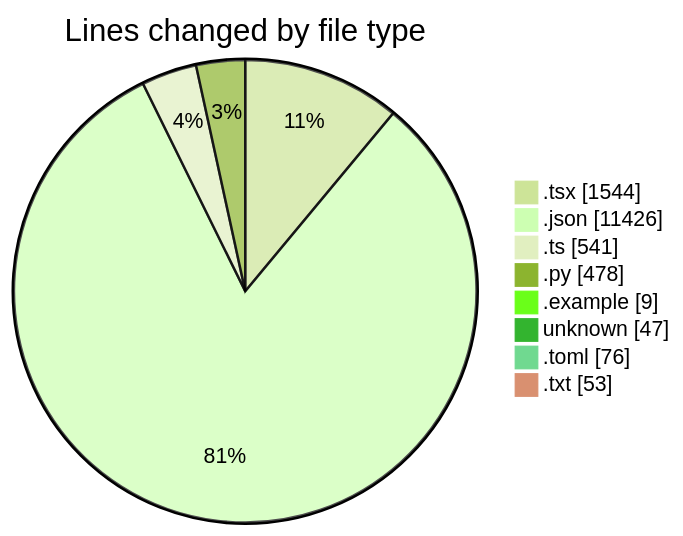
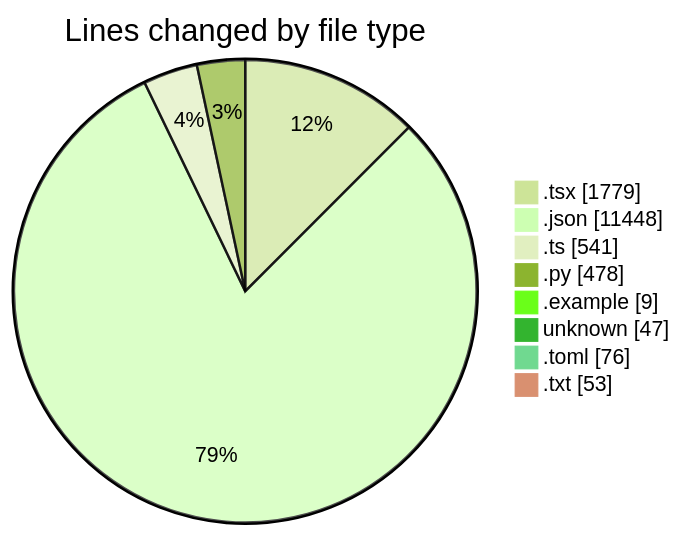
Before and after one commit to Elitesun/code-tracking: the first of 2 diagrams in 2025-04-30/niten/README.md, drawn with Mermaid (forest theme). The commit also changed other lines of this file and 1 other file, not shown here.

````diff
--- a/2025-04-30/niten/README.md
+++ b/2025-04-30/niten/README.md
@@ -66,12 +67,12 @@
 ```mermaid
 pie showData
 title Lines changed by file type
-".tsx" : 1544
-".json" : 11426
+".tsx" : 1779
+".json" : 11448
 ".ts" : 541
 ".py" : 478
 ".example" : 9
 "unknown" : 47
 ".toml" : 76
 ".txt" : 53
 ```
````
